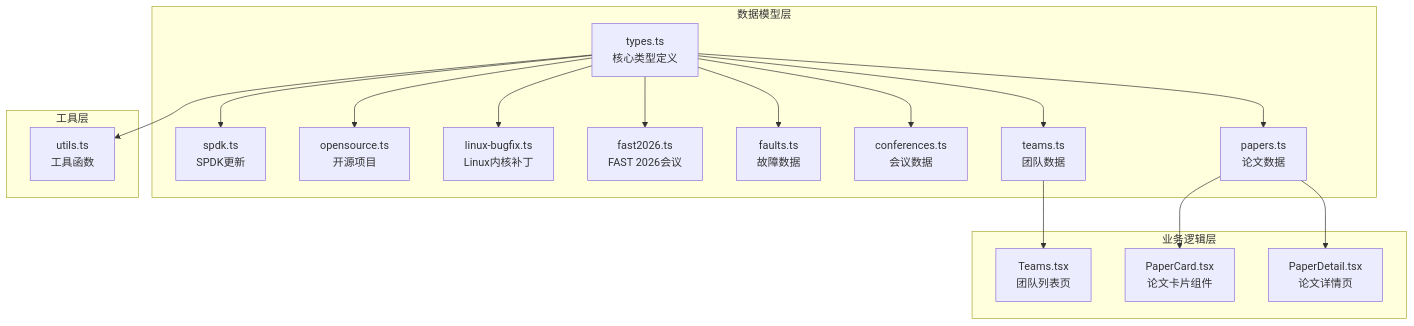
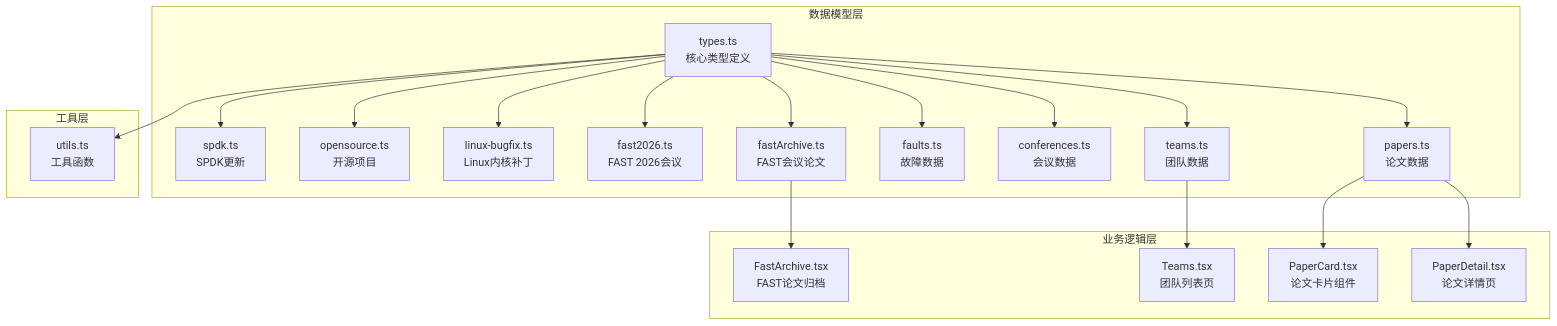
The first of 15 diagrams in .qoder/repowiki/zh/content/数据模型/数据模型.md (erikliu123/storage_ai_blog), drawn with Mermaid before and after one commit. The commit also changed other lines of this file and 10 other files, not shown here.

Commit message:
fix: Add missing FAST 2023 learned-index, cloud-block, nvme-queue architecture diagrams

````diff
--- a/.qoder/repowiki/zh/content/数据模型/数据模型.md
+++ b/.qoder/repowiki/zh/content/数据模型/数据模型.md
@@ -39,34 +53,38 @@
 ```mermaid
 graph TB
 subgraph "数据模型层"
 A[types.ts<br/>核心类型定义]
 B[papers.ts<br/>论文数据]
 C[teams.ts<br/>团队数据]
 D[conferences.ts<br/>会议数据]
 E[faults.ts<br/>故障数据]
-F[fast2026.ts<br/>FAST 2026会议]
-G[linux-bugfix.ts<br/>Linux内核补丁]
-H[opensource.ts<br/>开源项目]
-I[spdk.ts<br/>SPDK更新]
+F[fastArchive.ts<br/>FAST会议论文]
+G[fast2026.ts<br/>FAST 2026会议]
+H[linux-bugfix.ts<br/>Linux内核补丁]
+I[opensource.ts<br/>开源项目]
+J[spdk.ts<br/>SPDK更新]
 end
 subgraph "业务逻辑层"
-J[PaperDetail.tsx<br/>论文详情页]
-K[Teams.tsx<br/>团队列表页]
-L[PaperCard.tsx<br/>论文卡片组件]
+K[PaperDetail.tsx<br/>论文详情页]
+L[Teams.tsx<br/>团队列表页]
+M[PaperCard.tsx<br/>论文卡片组件]
+N[FastArchive.tsx<br/>FAST论文归档]
 end
 subgraph "工具层"
-M[utils.ts<br/>工具函数]
+O[utils.ts<br/>工具函数]
 end
 A --> B
 A --> C
 A --> D
 A --> E
 A --> F
 A --> G
 A --> H
 A --> I
-B --> J
-C --> K
-B --> L
-A --> M
+A --> J
+B --> K
+C --> L
+B --> M
+F --> N
+A --> O
 ```
````
